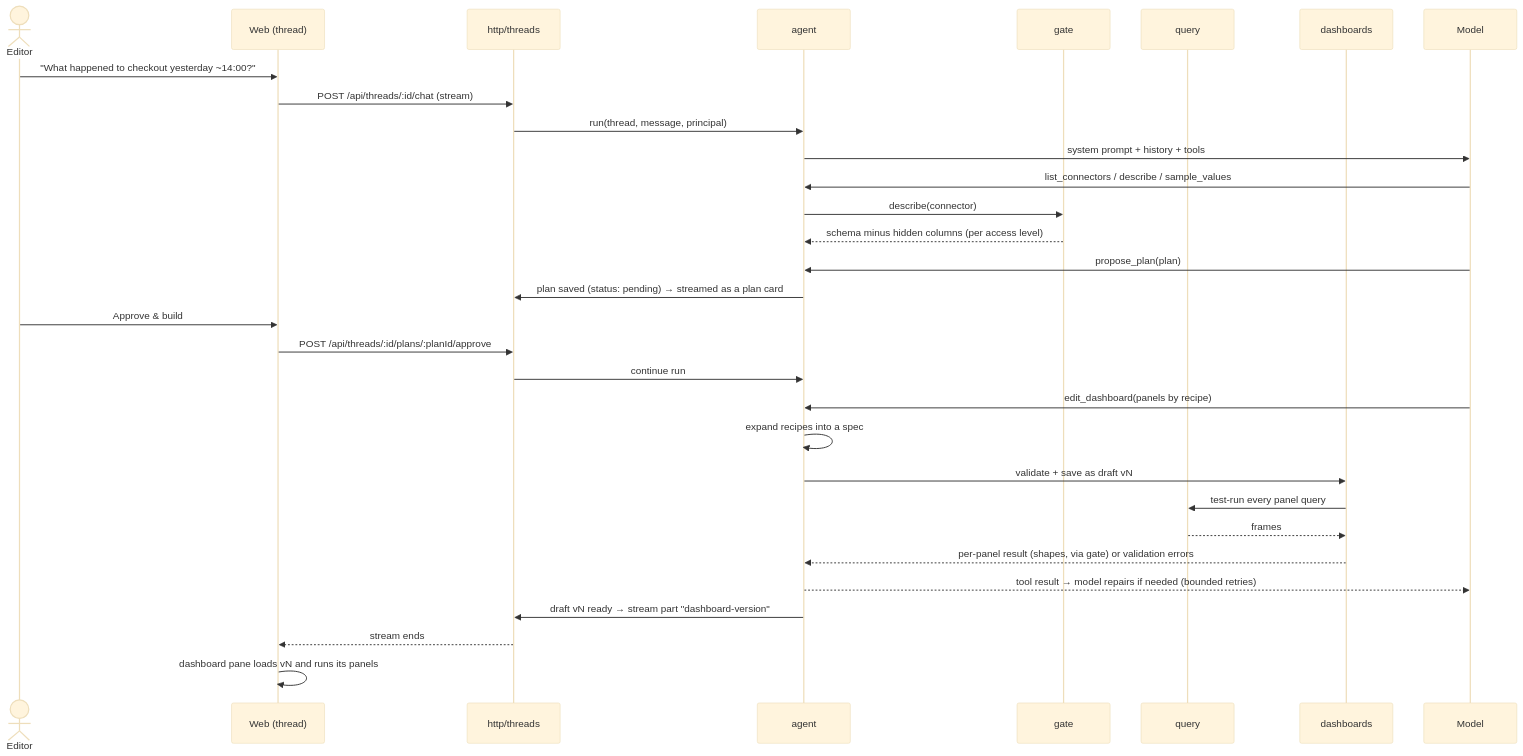
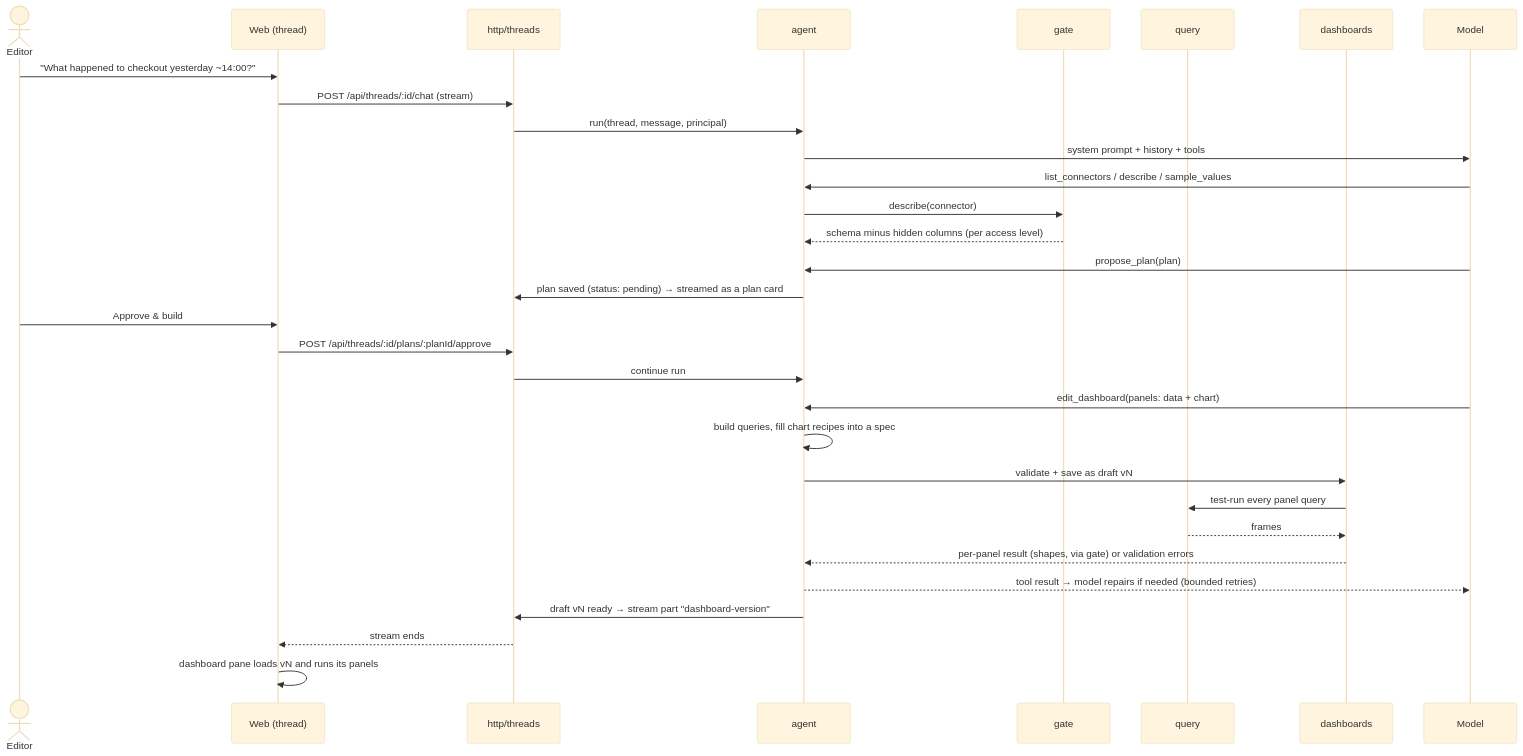
The second of 2 diagrams in docs/architecture.md (jboix/quanthea), drawn with Mermaid (base theme) before and after one commit. The commit also changed other lines of this file and 83 other files, not shown here.

First line of the commit message:
feat!: build panels from data and a chart recipe, the two kept apart

````diff
--- a/docs/architecture.md
+++ b/docs/architecture.md
@@ -205,34 +210,34 @@
 ```mermaid
 sequenceDiagram
   actor U as Editor
   participant W as Web (thread)
   participant H as http/threads
   participant A as agent
   participant G as gate
   participant Q as query
   participant D as dashboards
   participant M as Model
 
   U->>W: "What happened to checkout yesterday ~14:00?"
   W->>H: POST /api/threads/:id/chat (stream)
   H->>A: run(thread, message, principal)
   A->>M: system prompt + history + tools
   M->>A: list_connectors / describe / sample_values
   A->>G: describe(connector)
   G-->>A: schema minus hidden columns (per access level)
   M->>A: propose_plan(plan)
   A->>H: plan saved (status: pending) → streamed as a plan card
   U->>W: Approve & build
   W->>H: POST /api/threads/:id/plans/:planId/approve
   H->>A: continue run
-  M->>A: edit_dashboard(panels by recipe)
-  A->>A: expand recipes into a spec
+  M->>A: edit_dashboard(panels: data + chart)
+  A->>A: build queries, fill chart recipes into a spec
   A->>D: validate + save as draft vN
   D->>Q: test-run every panel query
   Q-->>D: frames
   D-->>A: per-panel result (shapes, via gate) or validation errors
   A-->>M: tool result → model repairs if needed (bounded retries)
   A->>H: draft vN ready → stream part "dashboard-version"
   H-->>W: stream ends
   W->>W: dashboard pane loads vN and runs its panels
 ```
````
